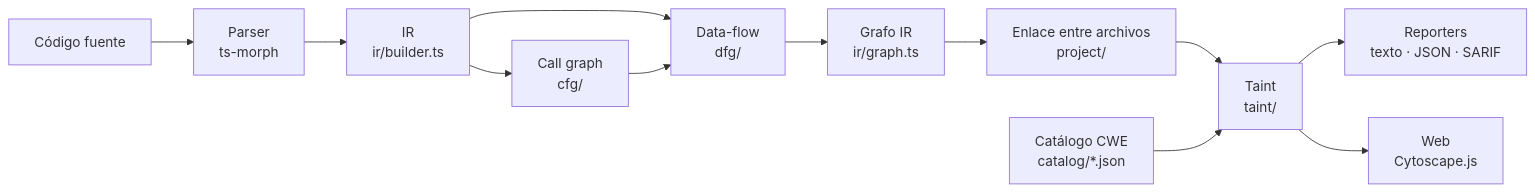
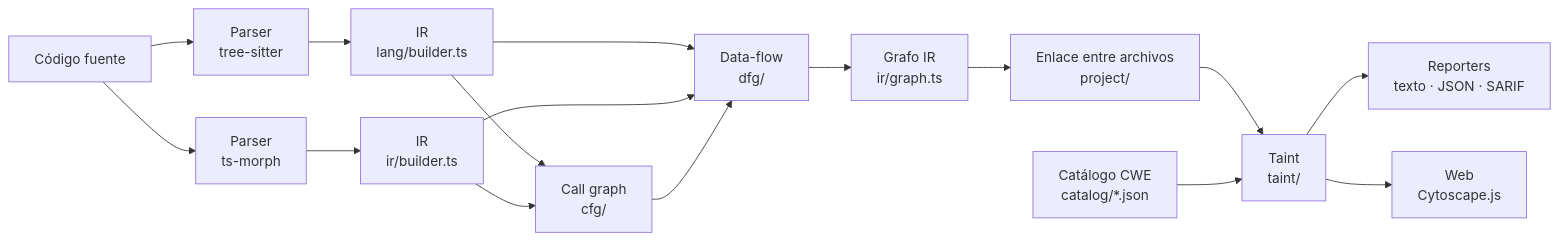
Before and after one commit to MaxiZk/graphsast: the diagram in ARCHITECTURE.md, drawn with Mermaid. The commit also changed other lines of this file and 10 other files, not shown here.

````diff
--- a/ARCHITECTURE.md
+++ b/ARCHITECTURE.md
@@ -9,14 +9,18 @@
 ```mermaid
 flowchart LR
   A[Código fuente] --> B[Parser<br/>ts-morph]
   B --> C[IR<br/>ir/builder.ts]
+  A --> L[Parser<br/>tree-sitter]
+  L --> M[IR<br/>lang/builder.ts]
+  M --> D
+  M --> E
   C --> D[Call graph<br/>cfg/]
   C --> E[Data-flow<br/>dfg/]
   D --> E
   E --> F[Grafo IR<br/>ir/graph.ts]
   F --> G[Enlace entre archivos<br/>project/]
   G --> H[Taint<br/>taint/]
   K[Catálogo CWE<br/>catalog/*.json] --> H
   H --> I[Reporters<br/>texto · JSON · SARIF]
   H --> J[Web<br/>Cytoscape.js]
 ```
````
